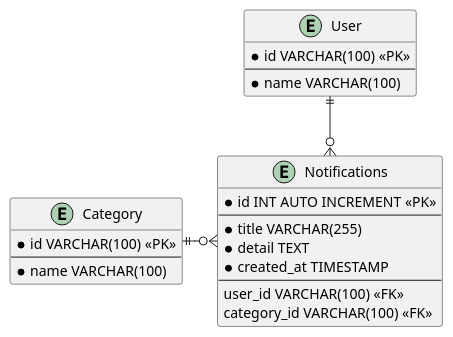
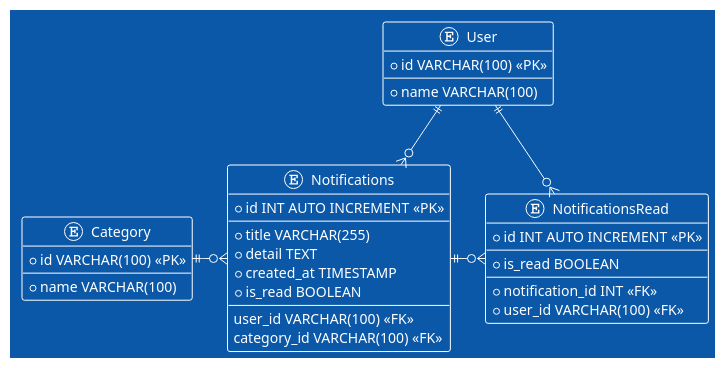
One commit to yeahbutstill/mysql changed the diagram in database-notification/notification.puml. Above: the diagram before and after it, drawn with PlantUML. The commit also changed 22 other files, not shown here.

```diff
--- a/database-notification/notification.puml
+++ b/database-notification/notification.puml
@@ -1,29 +1,40 @@
 @startuml
-
+!theme amiga
 entity User {
     * id VARCHAR(100) <<PK>>
     --
     * name VARCHAR(100)
 }
 
 entity Notifications {
     * id INT AUTO INCREMENT <<PK>>
     --
     * title VARCHAR(255)
     * detail TEXT
     * created_at TIMESTAMP
+    * is_read BOOLEAN
     --
     user_id VARCHAR(100) <<FK>>
     category_id VARCHAR(100) <<FK>>
 }
 
 entity Category {
     * id VARCHAR(100) <<PK>>
     --
     * name VARCHAR(100)
 }
 
+entity NotificationsRead {
+    * id INT AUTO INCREMENT <<PK>>
+    --
+    * is_read BOOLEAN
+    --
+    * notification_id INT <<FK>>
+    * user_id VARCHAR(100) <<FK>>
+}
+
 User ||--o{ Notifications
 Category ||-o{ Notifications
-
+Notifications ||-o{ NotificationsRead
+User ||--o{ NotificationsRead
 @enduml
```
